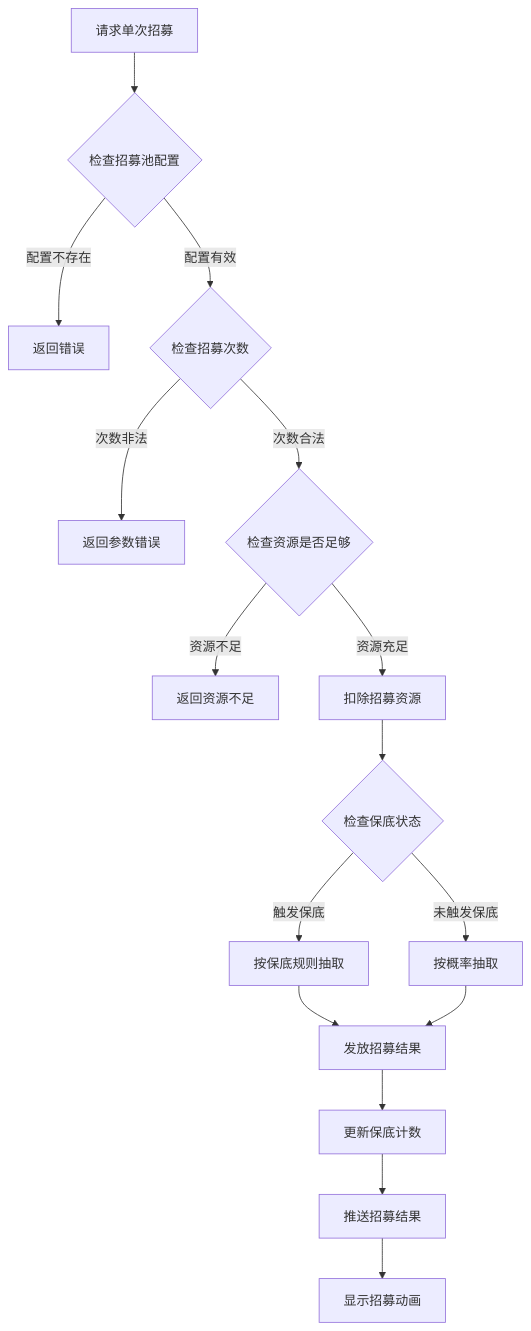
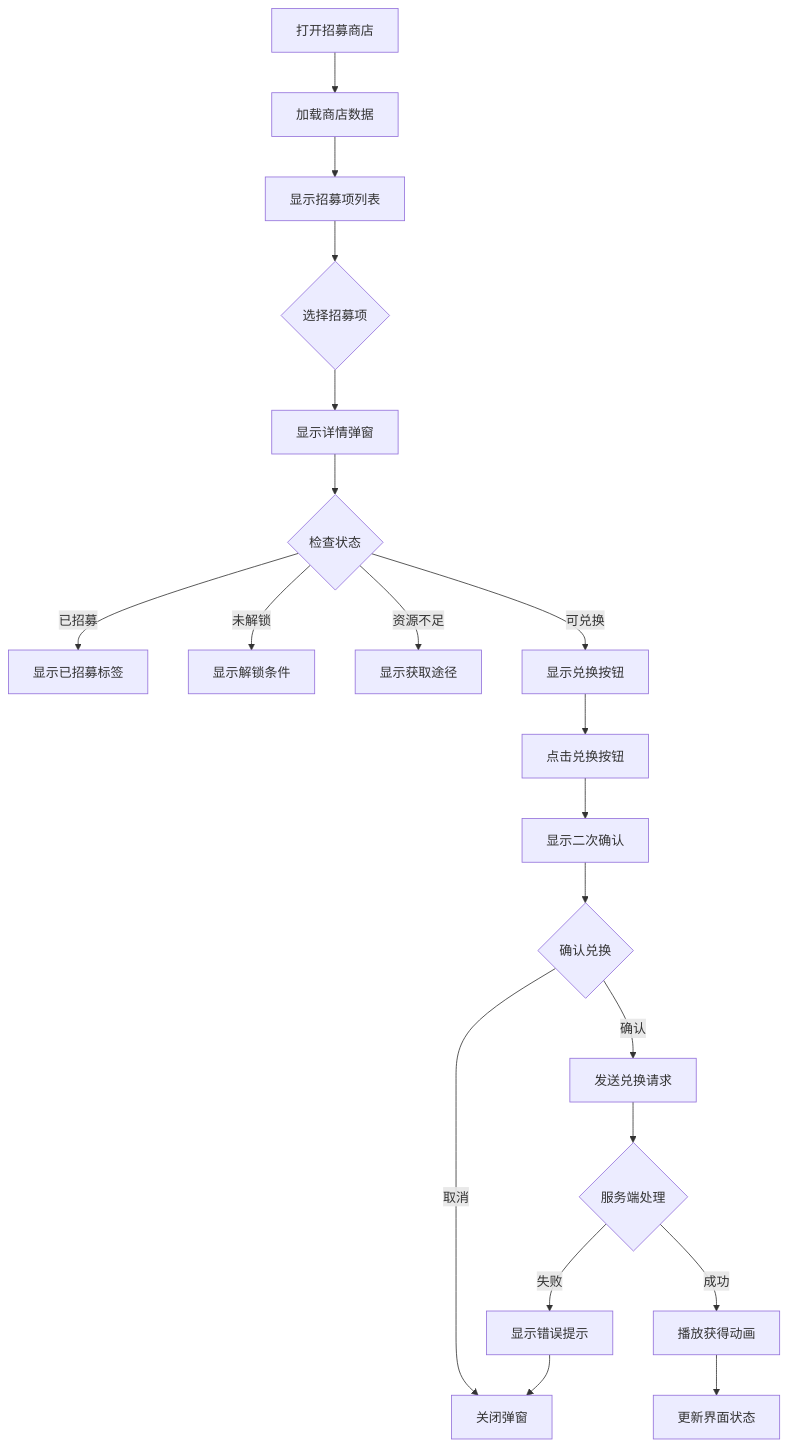
The first of 4 diagrams in docs/Module_Recruit/05_完整说明.md (Alan-Ben/k2c_game_framework), drawn with Mermaid before and after one commit. The commit also changed other lines of this file and 32 other files, not shown here.

````diff
--- a/docs/Module_Recruit/05_完整说明.md
+++ b/docs/Module_Recruit/05_完整说明.md
@@ -58,18 +57,24 @@
 ```mermaid
 flowchart TD
-    A[请求单次招募] --> B{检查招募池配置}
-    B -->|配置不存在| C[返回错误]
-    B -->|配置有效| D{检查招募次数}
-    D -->|次数非法| E[返回参数错误]
-    D -->|次数合法| F{检查资源是否足够}
-    F -->|资源不足| G[返回资源不足]
-    F -->|资源充足| H[扣除招募资源]
-    H --> I{检查保底状态}
-    I -->|触发保底| J[按保底规则抽取]
-    I -->|未触发保底| K[按概率抽取]
-    J --> L[发放招募结果]
-    K --> L
-    L --> M[更新保底计数]
-    M --> N[推送招募结果]
-    N --> O[显示招募动画]
+    A[打开招募商店] --> B[加载商店数据]
+    B --> C[显示招募项列表]
+    C --> D{选择招募项}
+    D --> E[显示详情弹窗]
+    E --> F{检查状态}
+
+    F -->|已招募| G[显示已招募标签]
+    F -->|未解锁| H[显示解锁条件]
+    F -->|资源不足| I[显示获取途径]
+    F -->|可兑换| J[显示兑换按钮]
+
+    J --> K[点击兑换按钮]
+    K --> L[显示二次确认]
+    L --> M{确认兑换}
+    M -->|取消| N[关闭弹窗]
+    M -->|确认| O[发送兑换请求]
+    O --> P{服务端处理}
+    P -->|成功| Q[播放获得动画]
+    P -->|失败| R[显示错误提示]
+    Q --> S[更新界面状态]
+    R --> N
 ```
````
